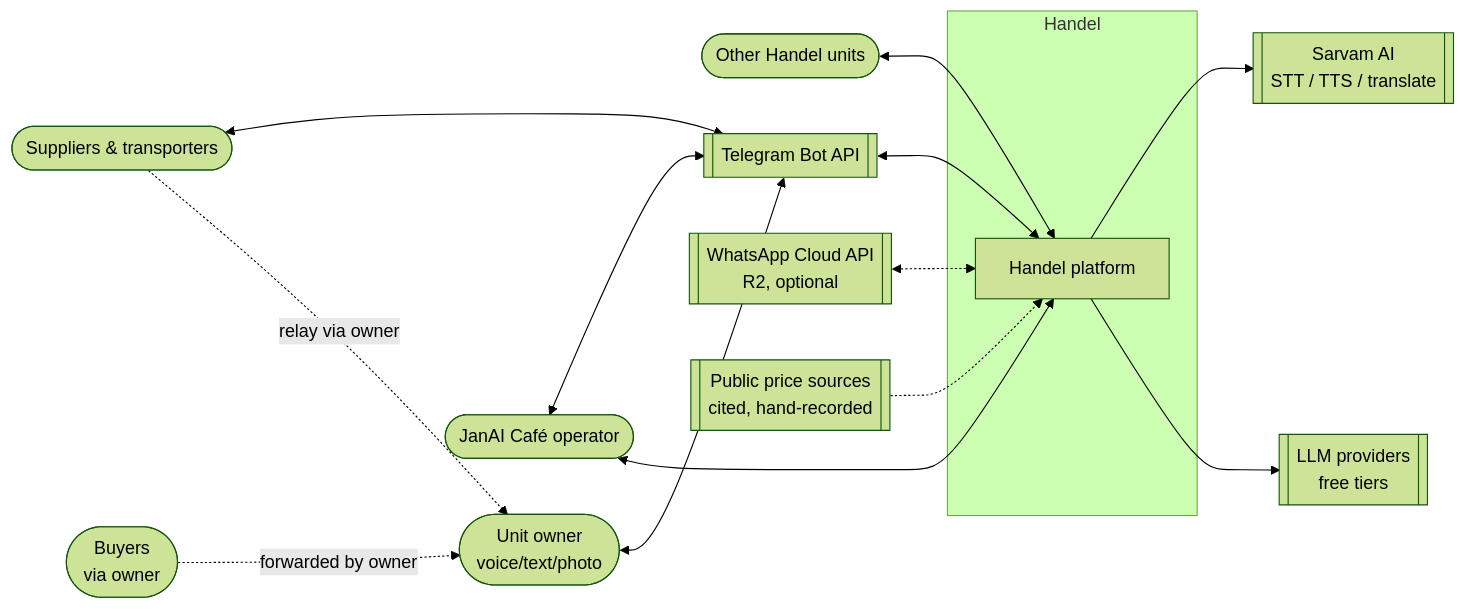
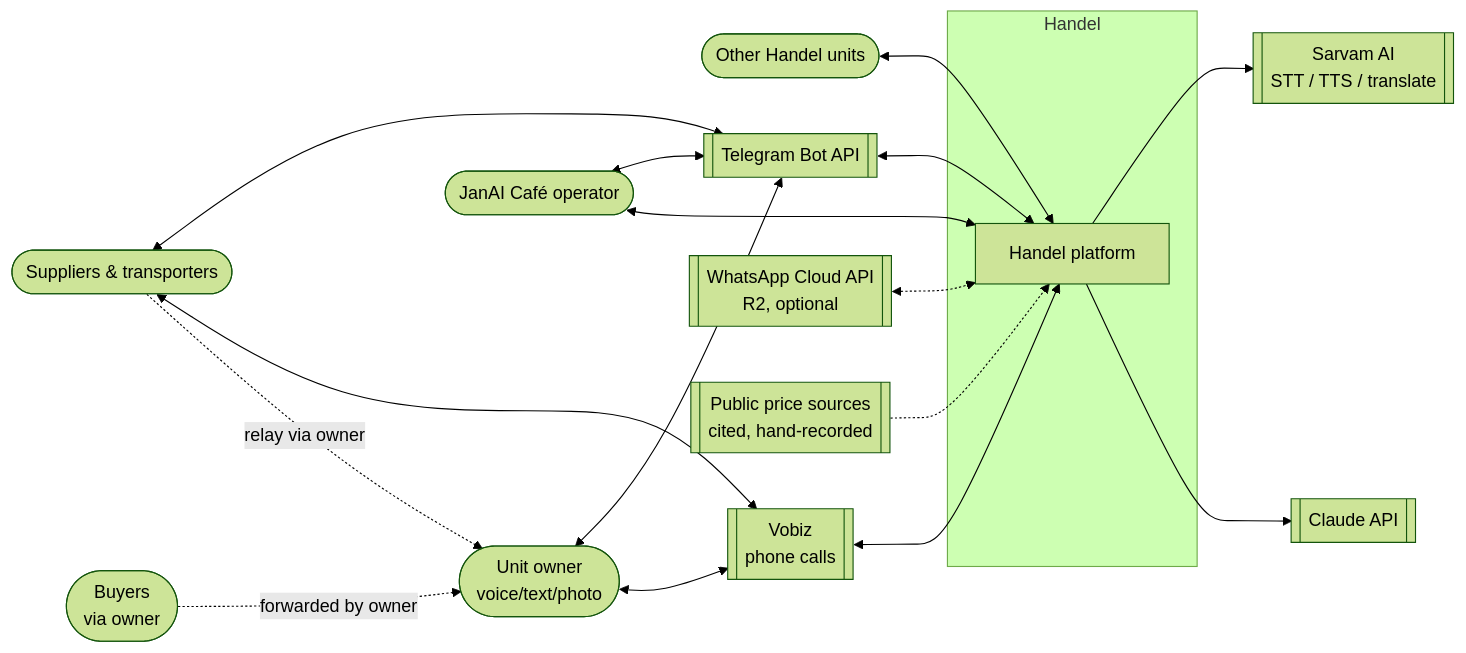
Before and after one commit to TharunMurugesh/handel: the first of 5 diagrams in docs/03-architecture.md, drawn with Mermaid (forest theme). The commit also changed other lines of this file and 3 other files, not shown here.

First line of the commit message:
Docs v0.2: Claude API, Sarvam and Vobiz phone calls

````diff
--- a/docs/03-architecture.md
+++ b/docs/03-architecture.md
@@ -53,31 +61,35 @@
 ```mermaid
 flowchart LR
     Owner([Unit owner<br/>voice/text/photo])
     Supplier([Suppliers & transporters])
     Buyer([Buyers<br/>via owner])
     Operator([JanAI Café operator])
     OtherUnit([Other Handel units])
 
     subgraph Handel
       H[Handel platform]
     end
 
     TG[[Telegram Bot API]]
+    VOBIZ[[Vobiz<br/>phone calls]]
     WA[[WhatsApp Cloud API<br/>R2, optional]]
     SARVAM[[Sarvam AI<br/>STT / TTS / translate]]
-    LLM[[LLM providers<br/>free tiers]]
+    LLM[[Claude API]]
     PRICE[[Public price sources<br/>cited, hand-recorded]]
 
     Owner <--> TG
+    Owner <--> VOBIZ
     Supplier <--> TG
+    Supplier <--> VOBIZ
     Supplier -. relay via owner .-> Owner
     Buyer -. forwarded by owner .-> Owner
     Operator <--> TG
     Operator <--> H
     TG <--> H
+    VOBIZ <--> H
     WA <-.-> H
     H --> SARVAM
     H --> LLM
     PRICE -.-> H
     OtherUnit <--> H
 ```
````
